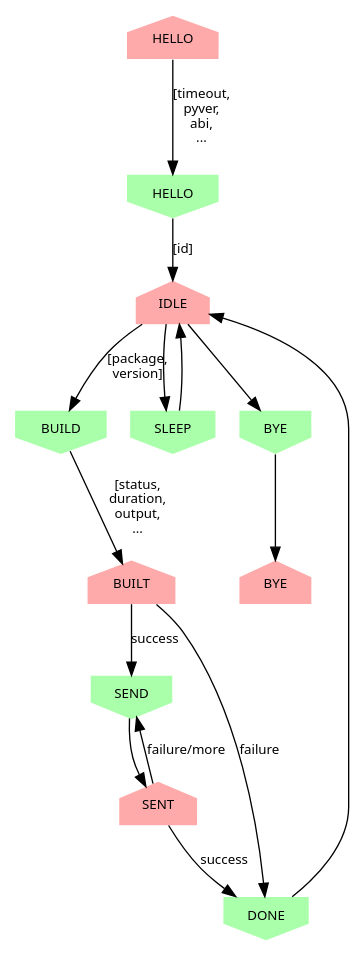
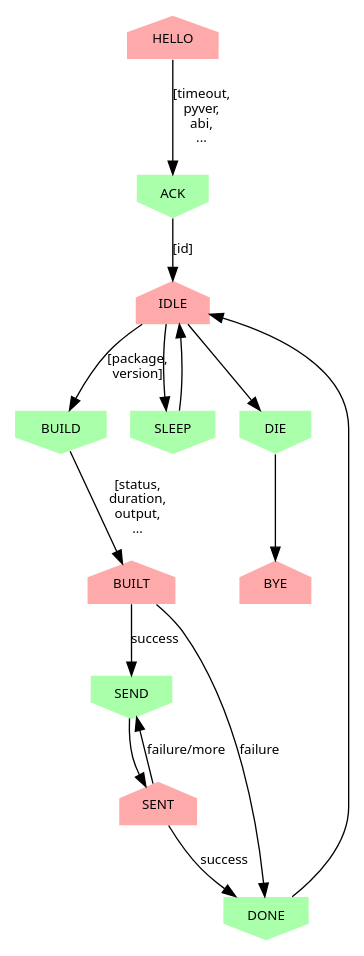
One commit to piwheels/piwheels changed the diagram in docs/slave_protocol.dot. Above: the diagram before and after it, drawn with Graphviz. The commit also changed 14 other files, not shown here.

```diff
--- a/docs/slave_protocol.dot
+++ b/docs/slave_protocol.dot
@@ -1,35 +1,35 @@
 digraph slave {
     /* Sent messages */
     node [shape=house, fontname=Sans, fontsize=10, style=filled, fillcolor="#ffaaaa", penwidth=0];
-    HELLO1 [label="HELLO"];
+    HELLO [label="HELLO"];
     IDLE;
     BUILT;
     SENT;
-    BYE2 [label="BYE"];
+    BYE [label="BYE"];
 
     /* Received messages */
     node [shape=invhouse, fontname=Sans, fontsize=10, style=filled, fillcolor="#aaffaa", penwidth=0];
-    HELLO2 [label="HELLO"];
+    ACK [label="ACK"];
     BUILD;
     SEND;
     DONE;
     SLEEP;
-    BYE1 [label="BYE"];
+    DIE [label="DIE"];
 
     /* Edges */
     edge [fontname=Sans, fontsize=10];
-    HELLO1->HELLO2 [label="[timeout,\npyver,\nabi,\n..."];
-    HELLO2->IDLE [label="[id]"];
+    HELLO->ACK [label="[timeout,\npyver,\nabi,\n..."];
+    ACK->IDLE [label="[id]"];
     IDLE->BUILD [label="[package,\nversion]"];
     IDLE->SLEEP;
-    IDLE->BYE1;
+    IDLE->DIE;
     SLEEP->IDLE;
     BUILD->BUILT [label="[status,\nduration,\noutput,\n..."];
     BUILT->DONE [label="failure"];
     BUILT->SEND [label="success"];
     SEND->SENT;
     SENT->DONE [label="success"];
     SENT->SEND [label="failure/more"];
     DONE->IDLE;
-    BYE1->BYE2;
+    DIE->BYE;
 }
```
